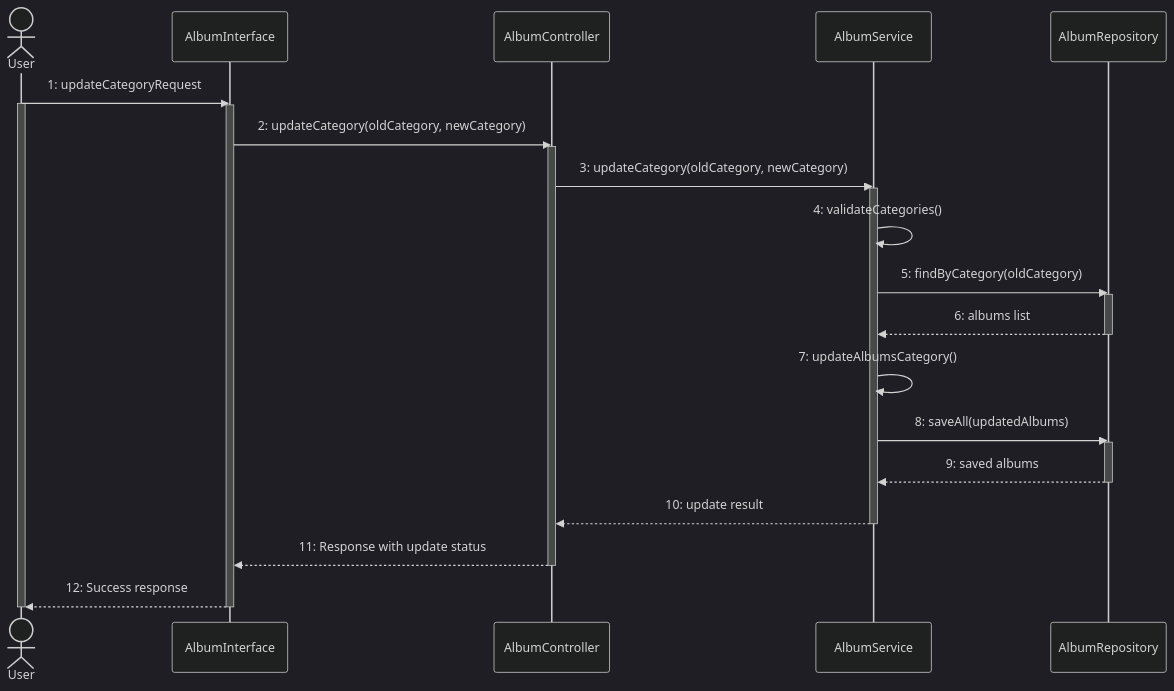
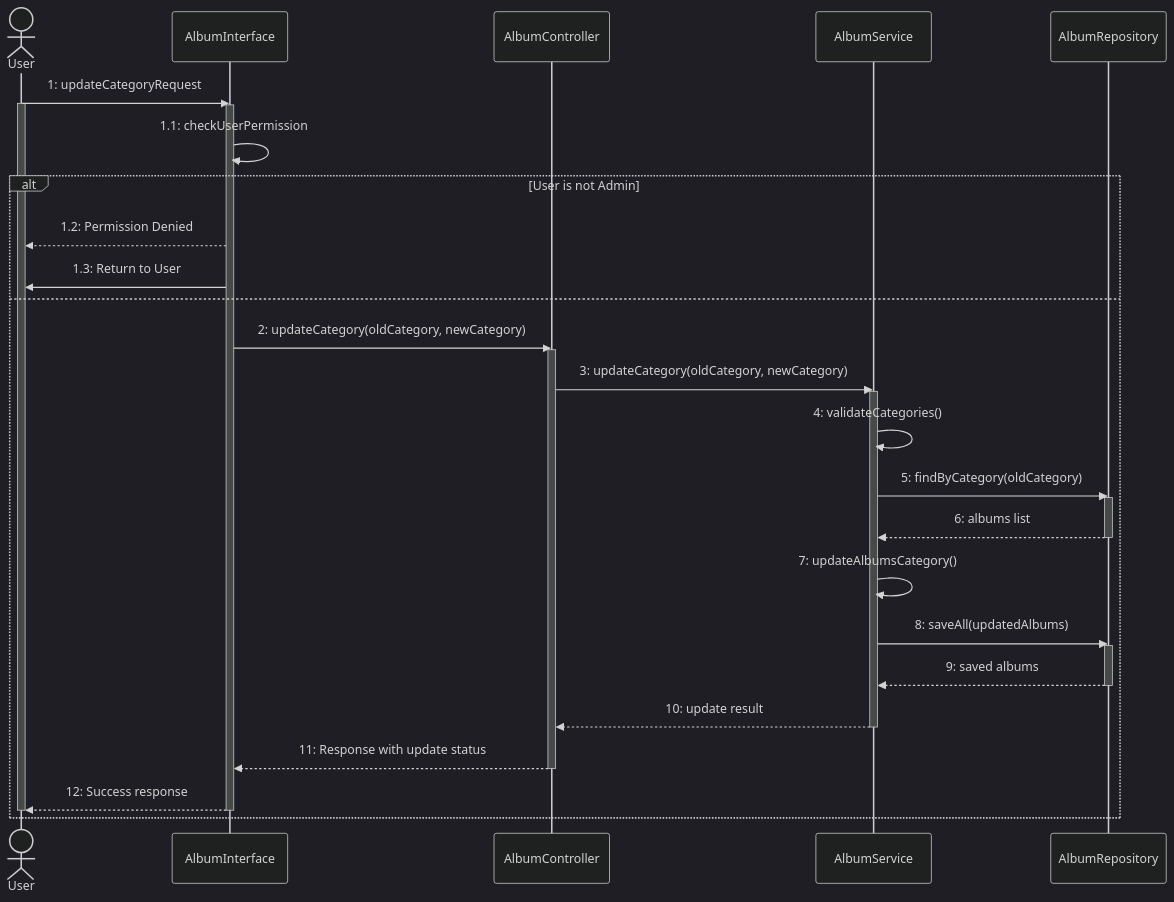
Before and after one commit to lightmon233/Memento: the seventh of 14 diagrams in README.md, drawn with Mermaid (dark theme). The commit also changed other lines of this file, not shown here.

````diff
--- a/README.md
+++ b/README.md
@@ -382,43 +384,48 @@
 ```mermaid
 sequenceDiagram
     actor User
     participant AlbumInterface
     participant AlbumController
     participant AlbumService
     participant AlbumRepository
-    
+
     User ->> AlbumInterface: 1: updateCategoryRequest
     activate User
     activate AlbumInterface
-    
-    AlbumInterface ->> AlbumController: 2: updateCategory(oldCategory, newCategory)
-    activate AlbumController
-    
-    AlbumController ->> AlbumService: 3: updateCategory(oldCategory, newCategory)
-    activate AlbumService
-    
-    AlbumService ->> AlbumService: 4: validateCategories()
-    
-    AlbumService ->> AlbumRepository: 5: findByCategory(oldCategory)
-    activate AlbumRepository
-    AlbumRepository -->> AlbumService: 6: albums list
-    deactivate AlbumRepository
-    
-    AlbumService ->> AlbumService: 7: updateAlbumsCategory()
-    
-    AlbumService ->> AlbumRepository: 8: saveAll(updatedAlbums)
-    activate AlbumRepository
-    AlbumRepository -->> AlbumService: 9: saved albums
-    deactivate AlbumRepository
-    
-    AlbumService -->> AlbumController: 10: update result
-    deactivate AlbumService
-    
-    AlbumController -->> AlbumInterface: 11: Response with update status
-    deactivate AlbumController
-    
-    AlbumInterface -->> User: 12: Success response
-    deactivate AlbumInterface
-    deactivate User
 
+    AlbumInterface ->> AlbumInterface: 1.1: checkUserPermission
+    alt User is not Admin
+        AlbumInterface -->> User: 1.2: Permission Denied
+        AlbumInterface ->> User: 1.3: Return to User
+    else
+        AlbumInterface ->> AlbumController: 2: updateCategory(oldCategory, newCategory)
+        activate AlbumController
+
+        AlbumController ->> AlbumService: 3: updateCategory(oldCategory, newCategory)
+        activate AlbumService
+
+        AlbumService ->> AlbumService: 4: validateCategories()
+
+        AlbumService ->> AlbumRepository: 5: findByCategory(oldCategory)
+        activate AlbumRepository
+        AlbumRepository -->> AlbumService: 6: albums list
+        deactivate AlbumRepository
+
+        AlbumService ->> AlbumService: 7: updateAlbumsCategory()
+
+        AlbumService ->> AlbumRepository: 8: saveAll(updatedAlbums)
+        activate AlbumRepository
+        AlbumRepository -->> AlbumService: 9: saved albums
+        deactivate AlbumRepository
+
+        AlbumService -->> AlbumController: 10: update result
+        deactivate AlbumService
+
+        AlbumController -->> AlbumInterface: 11: Response with update status
+        deactivate AlbumController
+
+        AlbumInterface -->> User: 12: Success response
+        deactivate AlbumInterface
+        deactivate User
+    end
 ```
````
